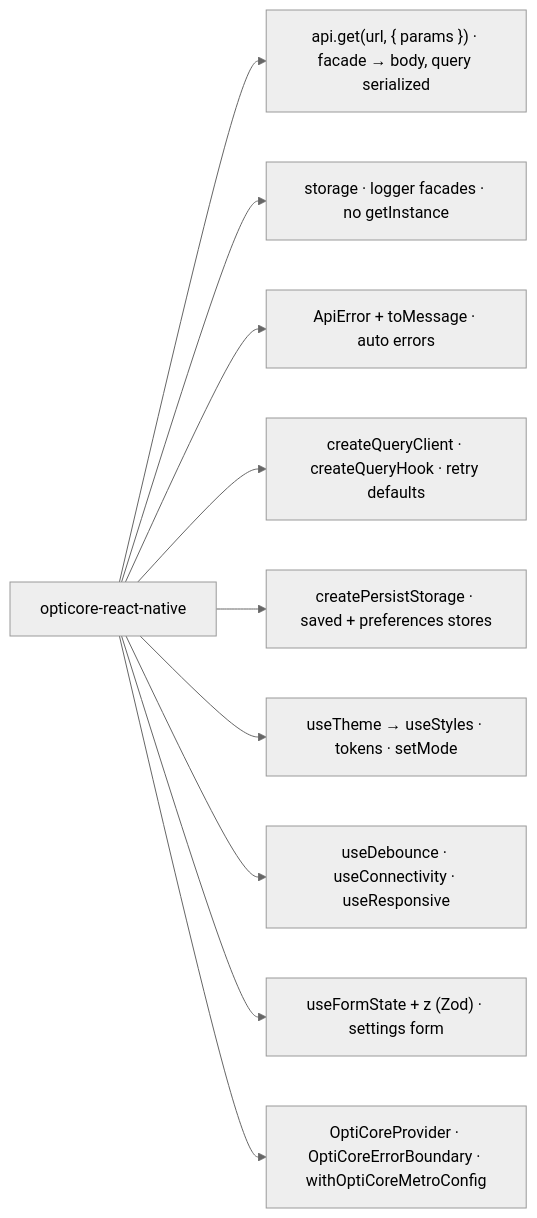
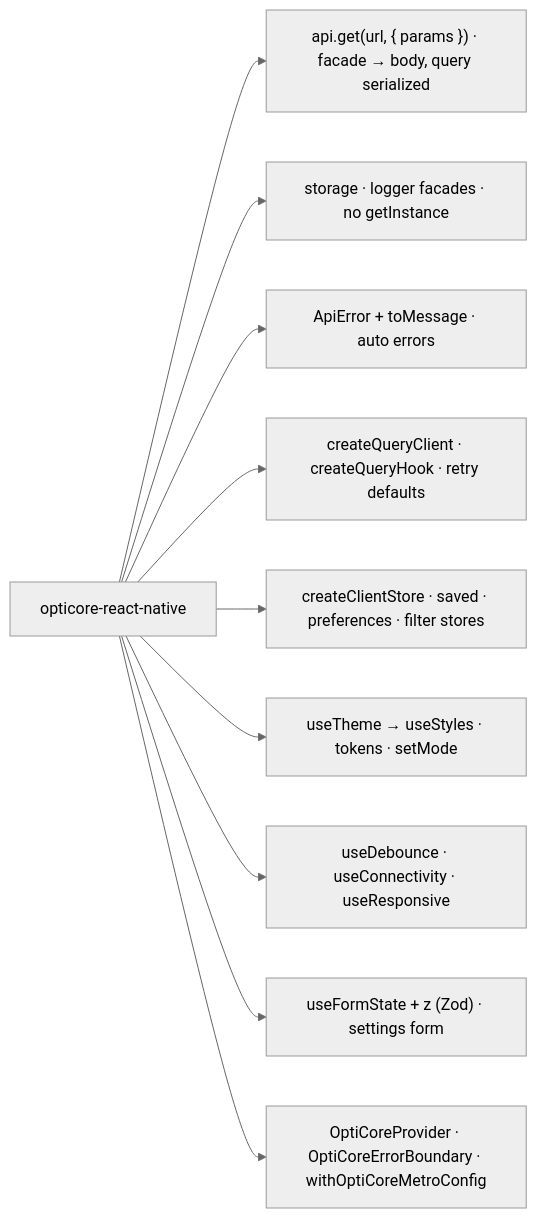
Diagram 11 of 12 in ORIENTATION.md (dev-mahmoud-elshenawy/opticore-news-demo), drawn with Mermaid (neutral theme) before and after one commit. The commit also changed other lines of this file and 2 other files, not shown here.

````diff
--- a/ORIENTATION.md
+++ b/ORIENTATION.md
@@ -208,13 +209,13 @@
 ```mermaid
 flowchart LR
     OC["opticore-react-native"]
     OC --> t1["api.get(url, { params }) · facade → body, query serialized"]
     OC --> t2["storage · logger facades · no getInstance"]
     OC --> t3["ApiError + toMessage · auto errors"]
     OC --> t4["createQueryClient · createQueryHook · retry defaults"]
-    OC --> t5["createPersistStorage · saved + preferences stores"]
+    OC --> t5["createClientStore · saved · preferences · filter stores"]
     OC --> t6["useTheme → useStyles · tokens · setMode"]
     OC --> t7["useDebounce · useConnectivity · useResponsive"]
     OC --> t8["useFormState + z (Zod) · settings form"]
     OC --> t9["OptiCoreProvider · OptiCoreErrorBoundary · withOptiCoreMetroConfig"]
 ```
````
